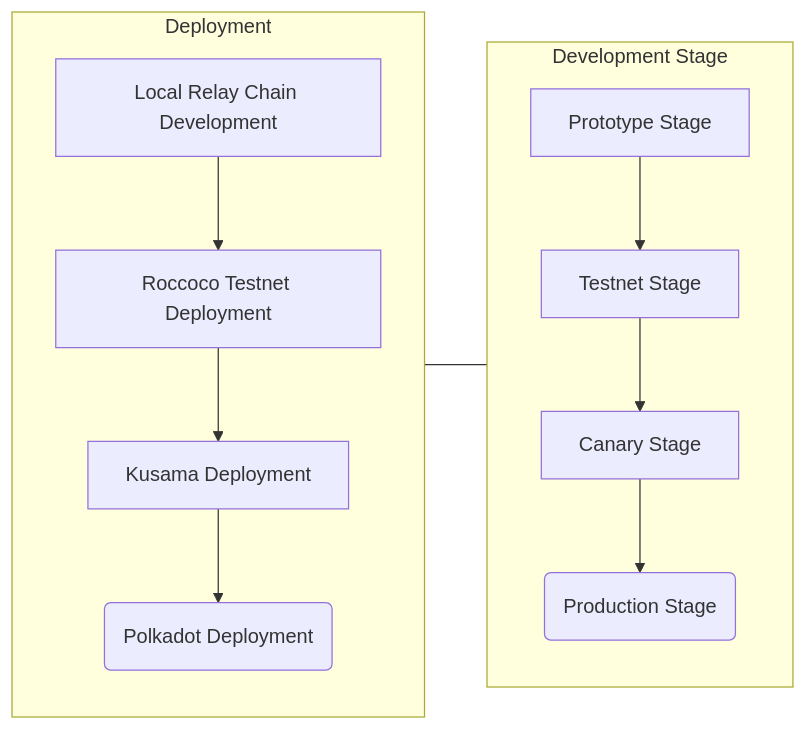
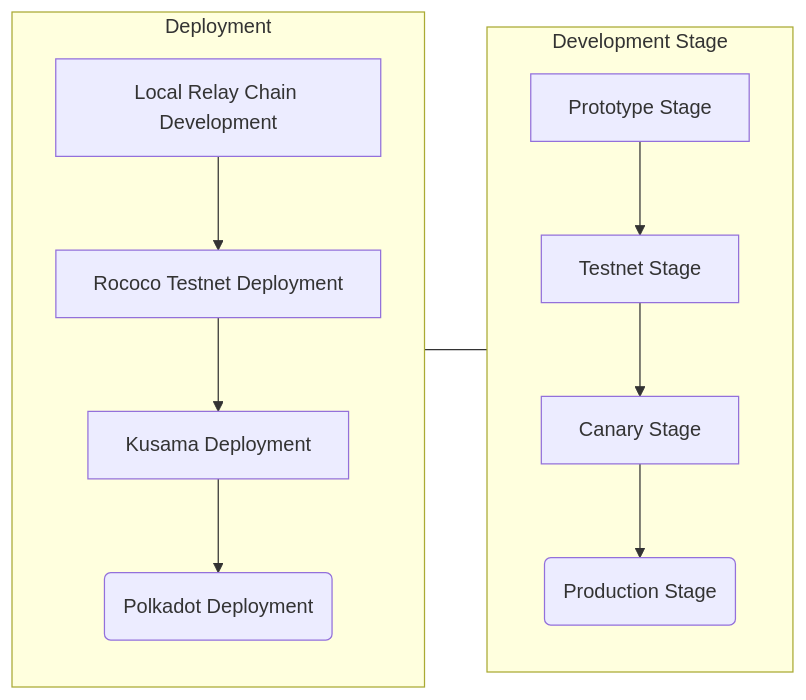
Before and after one commit to w3f/w3f-education: the diagram in docs/Parachain/beginner/section4/road-to-production.md, drawn with Mermaid. The commit also changed other lines of this file and 1 other file, not shown here.

Commit message:
draft deployment

````diff
--- a/docs/Parachain/beginner/section4/road-to-production.md
+++ b/docs/Parachain/beginner/section4/road-to-production.md
@@ -21,11 +21,11 @@
 ```mermaid
 flowchart LR
 subgraph DS["Development Stage"]
     PS["Prototype Stage"] --> TS["Testnet Stage"] --> CS["Canary Stage"] --> PRS("Production Stage")
 end
 subgraph DEP["Deployment"]
-LOCAL["Local Relay Chain Development"] --> ROC["Roccoco Testnet Deployment"] --> KSM["Kusama Deployment"] --> DOT("Polkadot Deployment")
+LOCAL["Local Relay Chain Development"] --> ROC["Rococo Testnet Deployment"] --> KSM["Kusama Deployment"] --> DOT("Polkadot Deployment")
 end
 
 DEP --- DS
 ```
````
